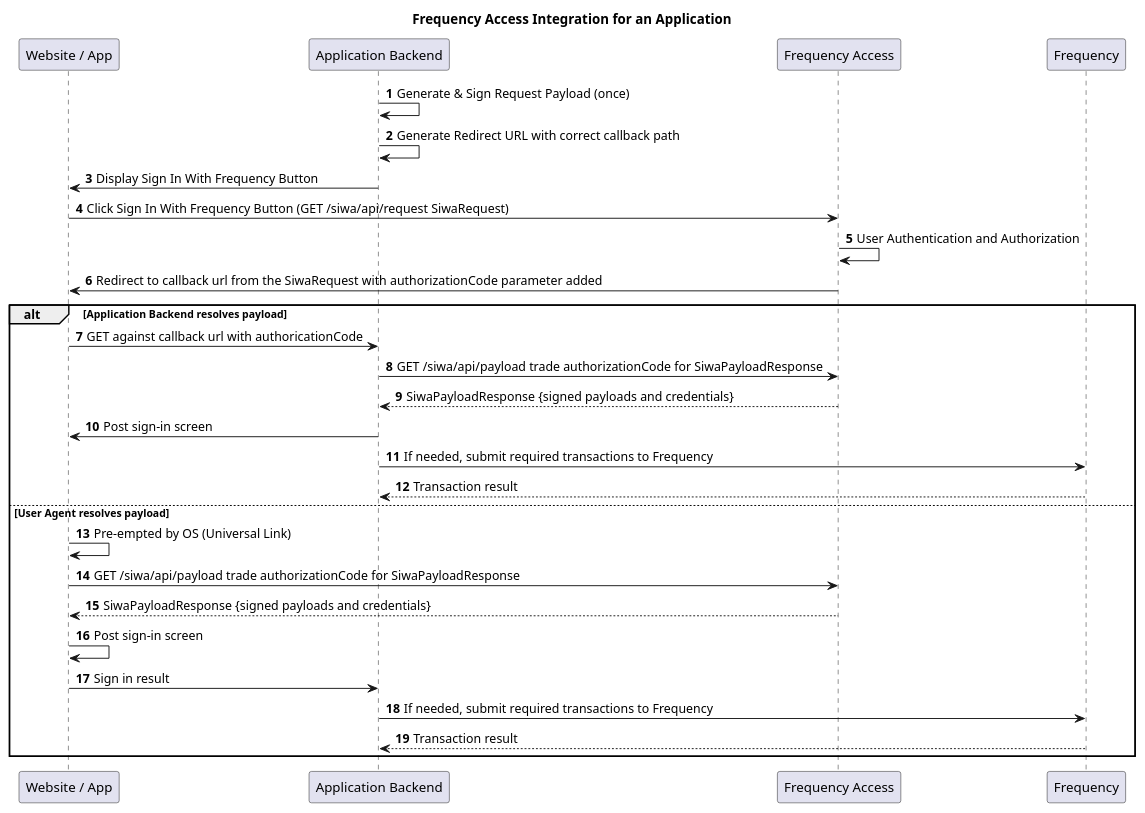
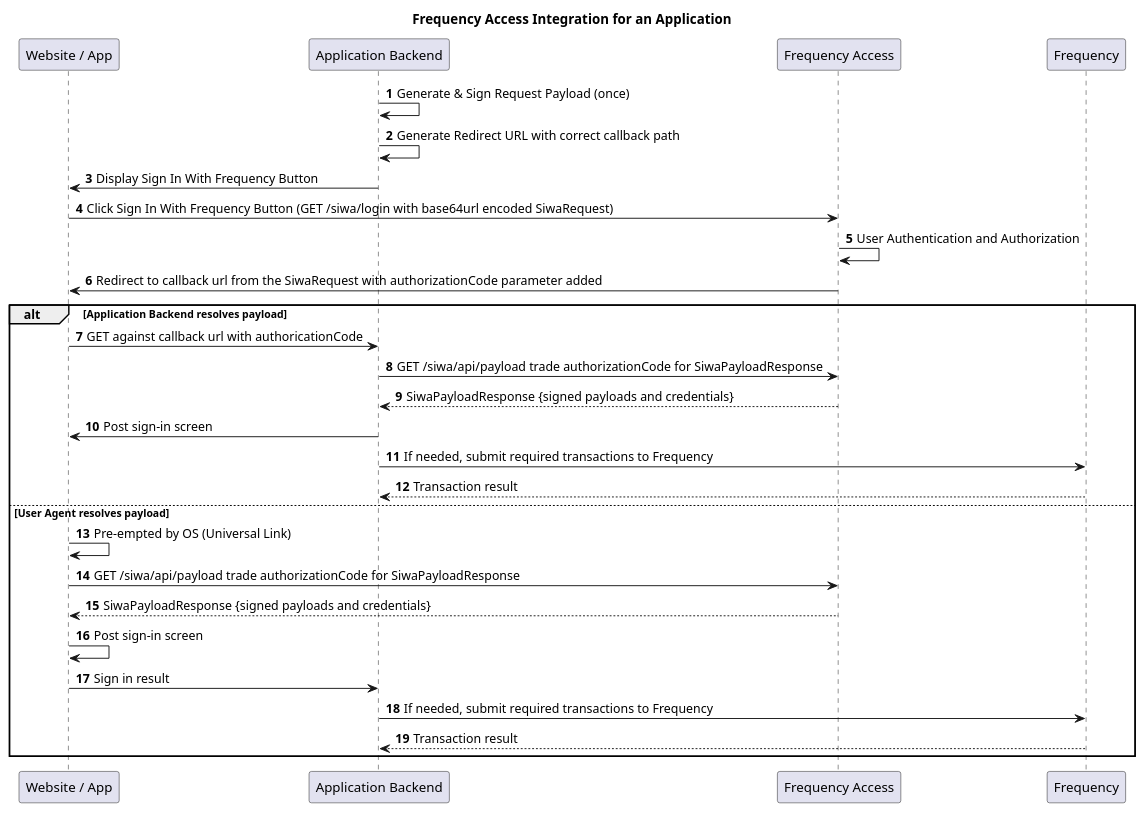
The diagram in docs/src/Actions/flow.puml (ProjectLibertyLabs/siwa), drawn with PlantUML before and after one commit. The commit also changed 10 other files, not shown here.

```diff
--- a/docs/src/Actions/flow.puml
+++ b/docs/src/Actions/flow.puml
@@ -1,31 +1,31 @@
 @startuml
 title "Frequency Access Integration for an Application"
 participant "Website / App" as ua
 participant "Application Backend" as p
 participant "Frequency Access" as fa
 participant "Frequency" as bc
 
 autonumber
 p->p: Generate & Sign Request Payload (once)
 p->p: Generate Redirect URL with correct callback path
 p->ua: Display Sign In With Frequency Button
-ua->fa: Click Sign In With Frequency Button (GET /siwa/api/request SiwaRequest)
+ua->fa: Click Sign In With Frequency Button (GET /siwa/login with base64url encoded SiwaRequest)
 fa->fa: User Authentication and Authorization
 fa->ua: Redirect to callback url from the SiwaRequest with authorizationCode parameter added
 alt Application Backend resolves payload
     ua->p: GET against callback url with authoricationCode
     p->fa: GET /siwa/api/payload trade authorizationCode for SiwaPayloadResponse
     return SiwaPayloadResponse {signed payloads and credentials}
     p->ua: Post sign-in screen
     p->bc: If needed, submit required transactions to Frequency
     return Transaction result
 else User Agent resolves payload
     ua->ua: Pre-empted by OS (Universal Link)
     ua->fa: GET /siwa/api/payload trade authorizationCode for SiwaPayloadResponse
     return SiwaPayloadResponse {signed payloads and credentials}
     ua->ua: Post sign-in screen
     ua->p: Sign in result
     p->bc: If needed, submit required transactions to Frequency
     return Transaction result
 end
 @enduml
```
